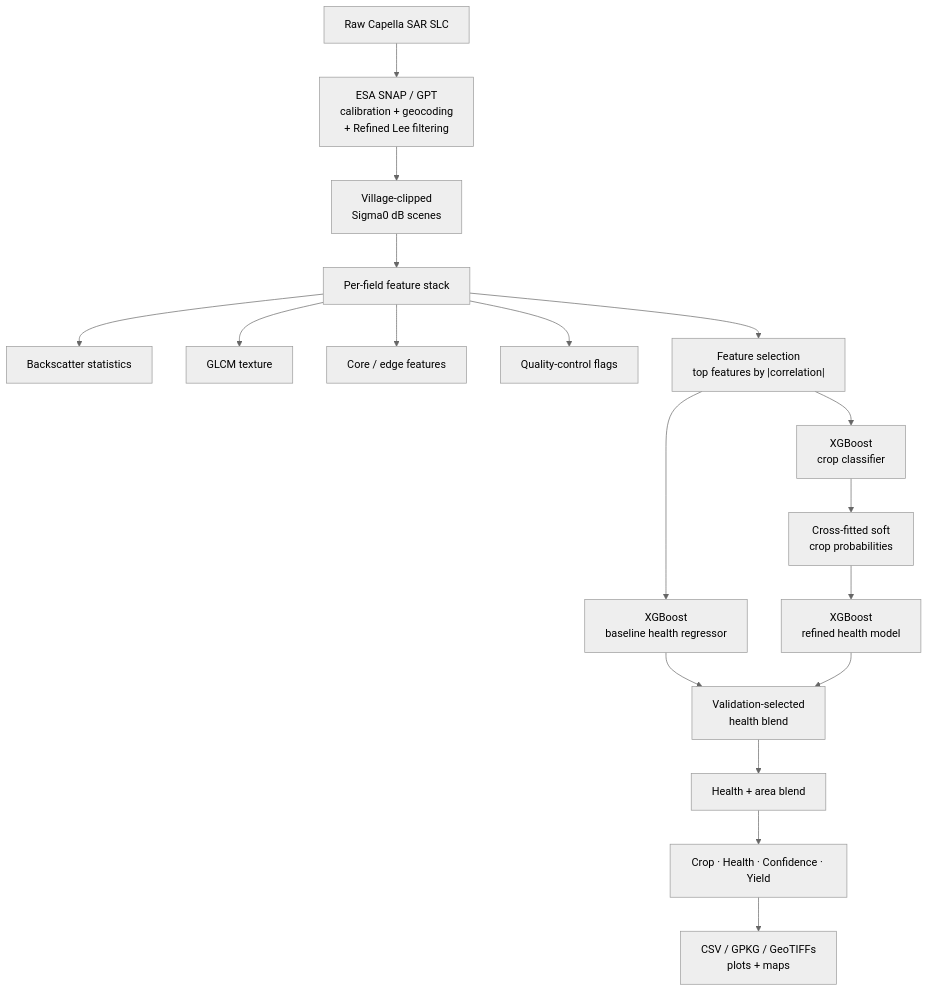
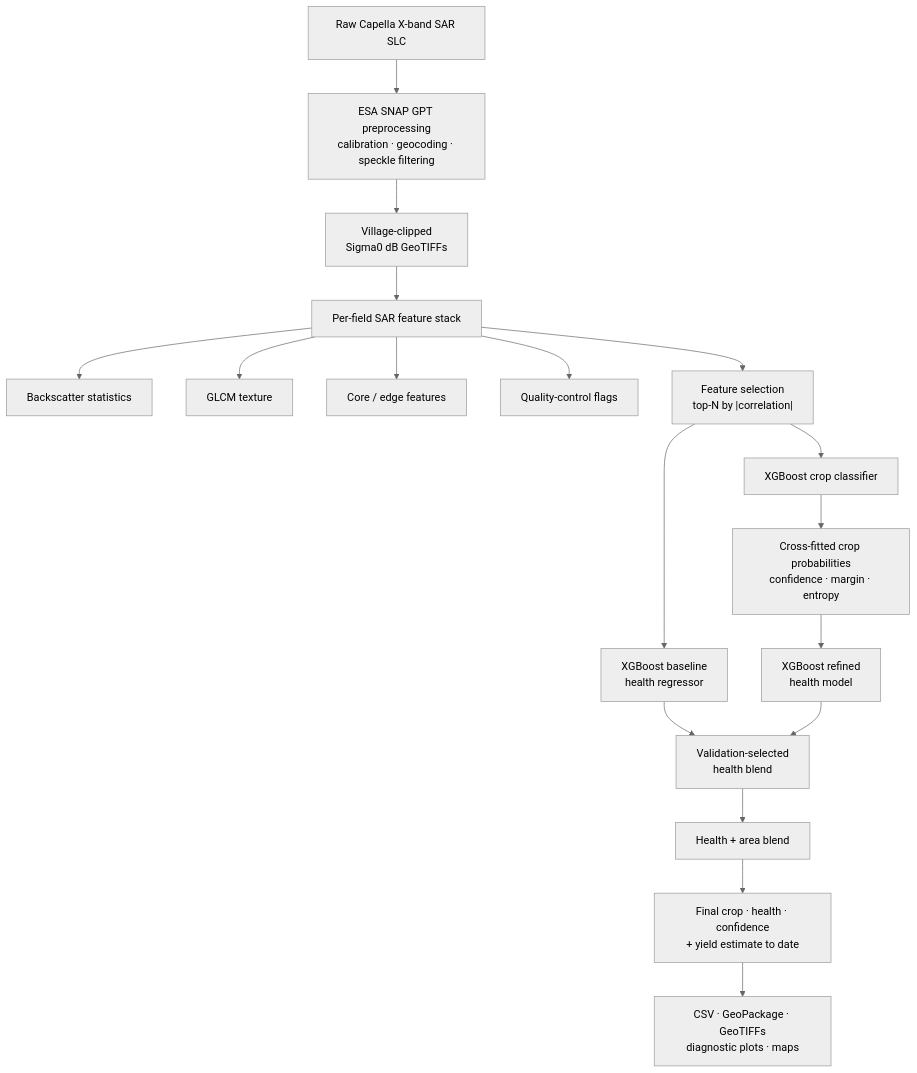
The third of 3 diagrams in README.md (AbhayKale332/AISE-2.0), drawn with Mermaid (neutral theme) before and after one commit. The commit also changed other lines of this file, not shown here.

````diff
--- a/README.md
+++ b/README.md
@@ -123,25 +72,20 @@
 ```mermaid
 flowchart TD
-    S["Raw Capella SAR SLC"] --> SNAP["ESA SNAP / GPT<br/>calibration + geocoding<br/>+ Refined Lee filtering"]
-    SNAP --> V["Village-clipped<br/>Sigma0 dB scenes"]
-
-    V --> FE["Per-field feature stack"]
-    FE --> F1["Backscatter statistics"]
-    FE --> F2["GLCM texture"]
-    FE --> F3["Core / edge features"]
-    FE --> QC["Quality-control flags"]
-
-    FE --> FS["Feature selection<br/>top features by |correlation|"]
-    FS --> C["XGBoost<br/>crop classifier"]
-    FS --> H0["XGBoost<br/>baseline health regressor"]
-
-    C --> CP["Cross-fitted soft<br/>crop probabilities"]
-    CP --> H1["XGBoost<br/>refined health model"]
-
+    S["Raw Capella X-band SAR SLC"] --> P["ESA SNAP GPT preprocessing<br/>calibration · geocoding · speckle filtering"]
+    P --> V["Village-clipped<br/>Sigma0 dB GeoTIFFs"]
+    V --> F["Per-field SAR feature stack"]
+    F --> F1["Backscatter statistics"]
+    F --> F2["GLCM texture"]
+    F --> F3["Core / edge features"]
+    F --> Q["Quality-control flags"]
+    F --> FS["Feature selection<br/>top-N by |correlation|"]
+    FS --> C["XGBoost crop classifier"]
+    FS --> H0["XGBoost baseline<br/>health regressor"]
+    C --> CP["Cross-fitted crop probabilities<br/>confidence · margin · entropy"]
+    CP --> H1["XGBoost refined<br/>health model"]
     H0 --> BL["Validation-selected<br/>health blend"]
     H1 --> BL
     BL --> Y["Health + area blend"]
-    Y --> OUT["Crop · Health · Confidence · Yield"]
-
-    OUT --> R["CSV / GPKG / GeoTIFFs<br/>plots + maps"]
+    Y --> O["Final crop · health · confidence<br/>+ yield estimate to date"]
+    O --> R["CSV · GeoPackage · GeoTIFFs<br/>diagnostic plots · maps"]
 ```
````
